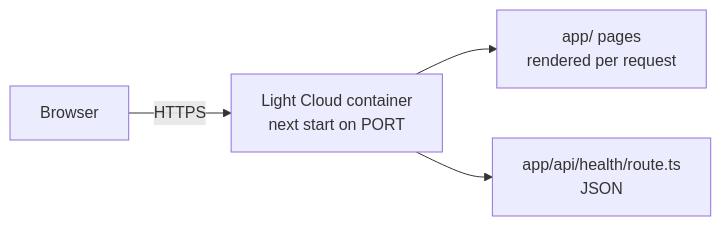
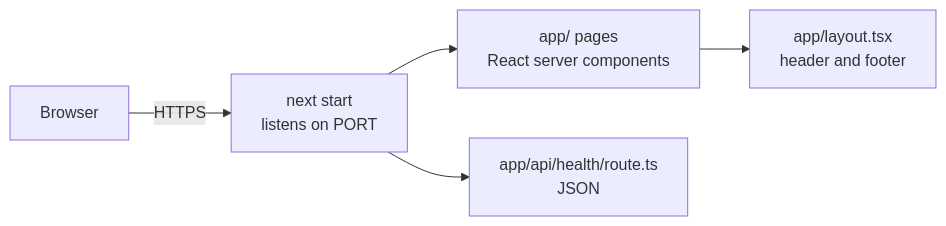
Before and after one commit to light-cloud-com/templates: the diagram in starters/starter-nextjs/README.md, drawn with Mermaid. The commit also changed other lines of this file and 2 other files, not shown here.

First line of the commit message:
README: Next.js App Router starter landing page

````diff
--- a/starters/starter-nextjs/README.md
+++ b/starters/starter-nextjs/README.md
@@ -27,6 +121,7 @@
 ```mermaid
 flowchart LR
-    browser["Browser"] -->|HTTPS| run["Light Cloud container<br/>next start on PORT"]
-    run --> pages["app/ pages<br/>rendered per request"]
-    run --> api["app/api/health/route.ts<br/>JSON"]
+    browser["Browser"] -->|HTTPS| server["next start<br/>listens on PORT"]
+    server --> pages["app/ pages<br/>React server components"]
+    server --> api["app/api/health/route.ts<br/>JSON"]
+    pages --> layout["app/layout.tsx<br/>header and footer"]
 ```
````
